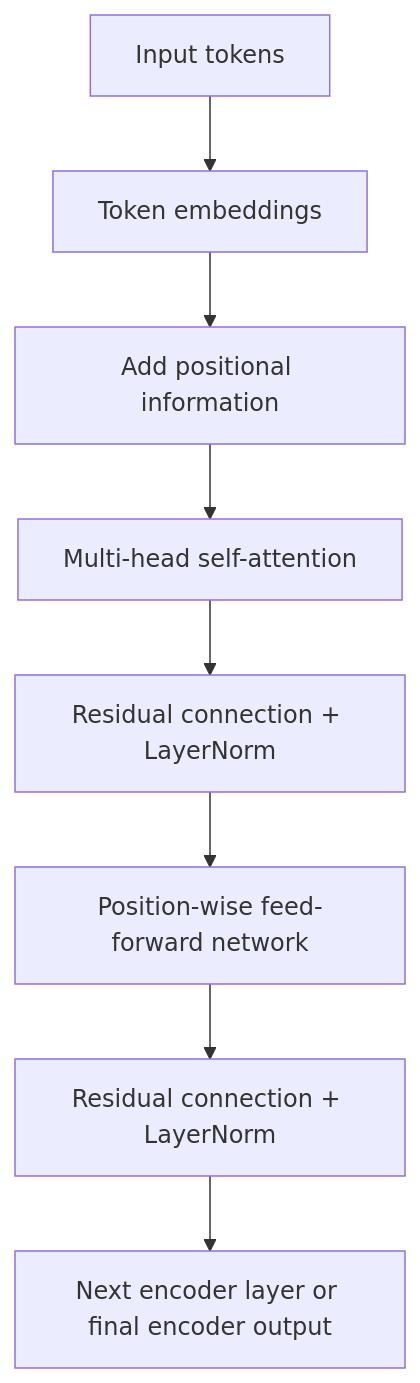
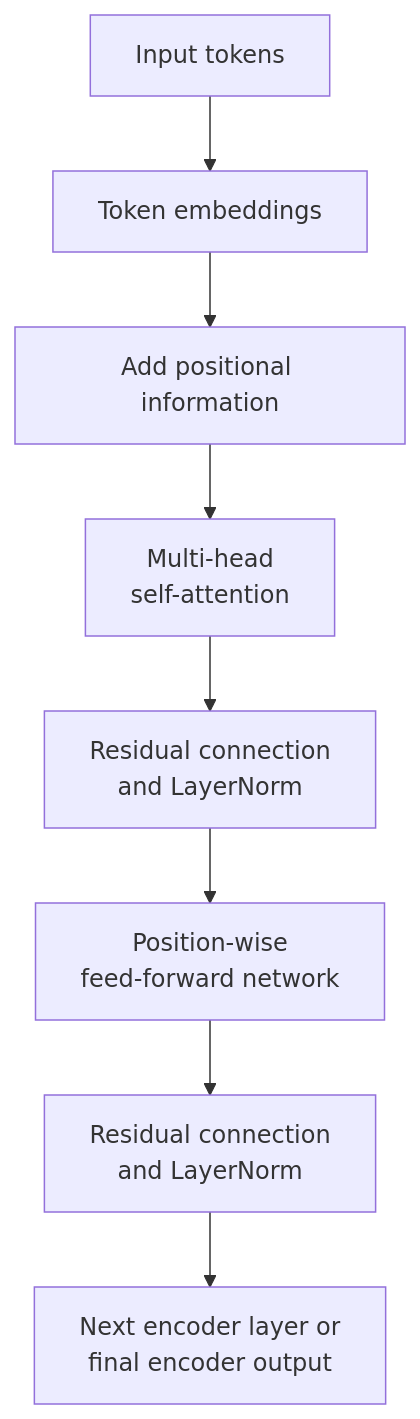
Before and after one commit to amirmasoud-iravani/language-models-evolution: the diagram in docs/04-transformer-encoder.md, drawn with Mermaid. The commit also changed other lines of this file, not shown here.

````diff
--- a/docs/04-transformer-encoder.md
+++ b/docs/04-transformer-encoder.md
@@ -11,10 +11,10 @@
 ```mermaid
 flowchart TD
-    A[Input tokens] --> B[Token embeddings]
-    B --> C[Add positional information]
-    C --> D[Multi-head self-attention]
-    D --> E[Residual connection + LayerNorm]
-    E --> F[Position-wise feed-forward network]
-    F --> G[Residual connection + LayerNorm]
-    G --> H[Next encoder layer or final encoder output]
+    A["Input tokens"] --> B["Token embeddings"]
+    B --> C["Add positional information"]
+    C --> D["Multi-head<br/>self-attention"]
+    D --> E["Residual connection<br/>and LayerNorm"]
+    E --> F["Position-wise<br/>feed-forward network"]
+    F --> G["Residual connection<br/>and LayerNorm"]
+    G --> H["Next encoder layer or<br/>final encoder output"]
 ```
````
